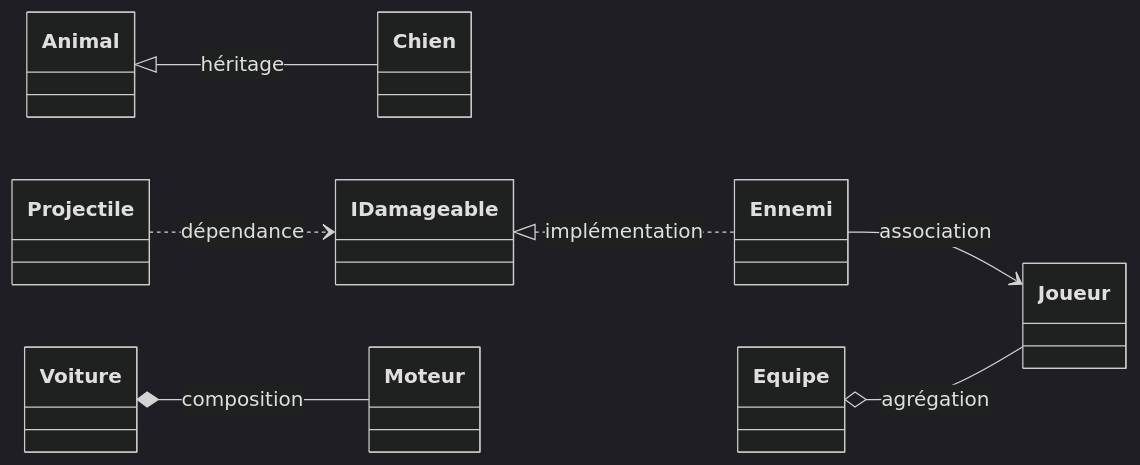
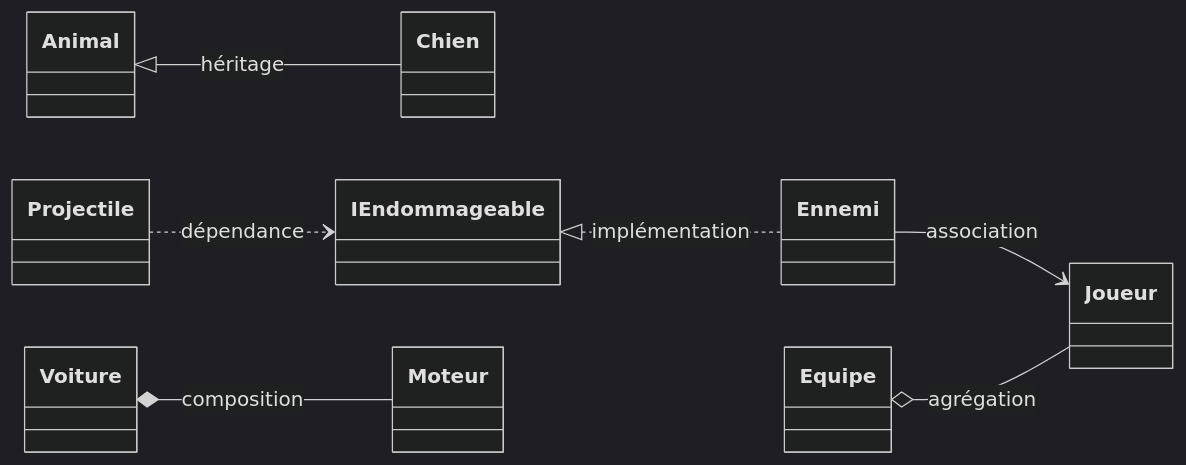
One commit to JulesGilli/object-oriented-programming-course changed the second of 5 diagrams in Chapitre 2/0. Lire un diagramme UML.md. Above: the diagram before and after it, drawn with Mermaid (dark theme). The commit also changed other lines of this file and 24 other files, not shown here.

````diff
--- a/Chapitre 2/0. Lire un diagramme UML.md
+++ b/Chapitre 2/0. Lire un diagramme UML.md
@@ -86,10 +86,10 @@
 ```mermaid
 classDiagram
     direction LR
     Animal <|-- Chien : héritage
-    IDamageable <|.. Ennemi : implémentation
+    IEndommageable <|.. Ennemi : implémentation
     Ennemi --> Joueur : association
     Equipe o-- Joueur : agrégation
     Voiture *-- Moteur : composition
-    Projectile ..> IDamageable : dépendance
+    Projectile ..> IEndommageable : dépendance
 ```
````
